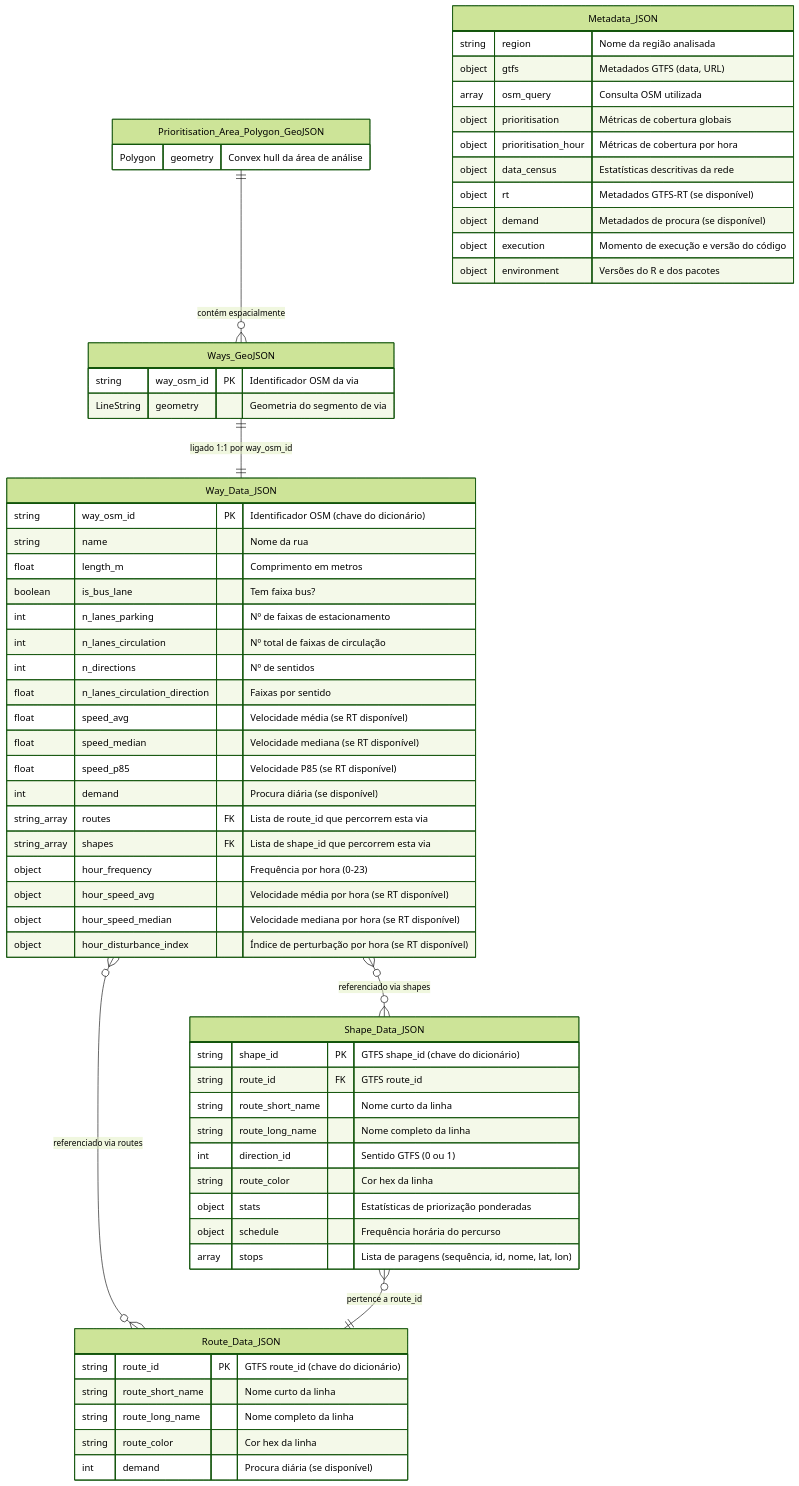
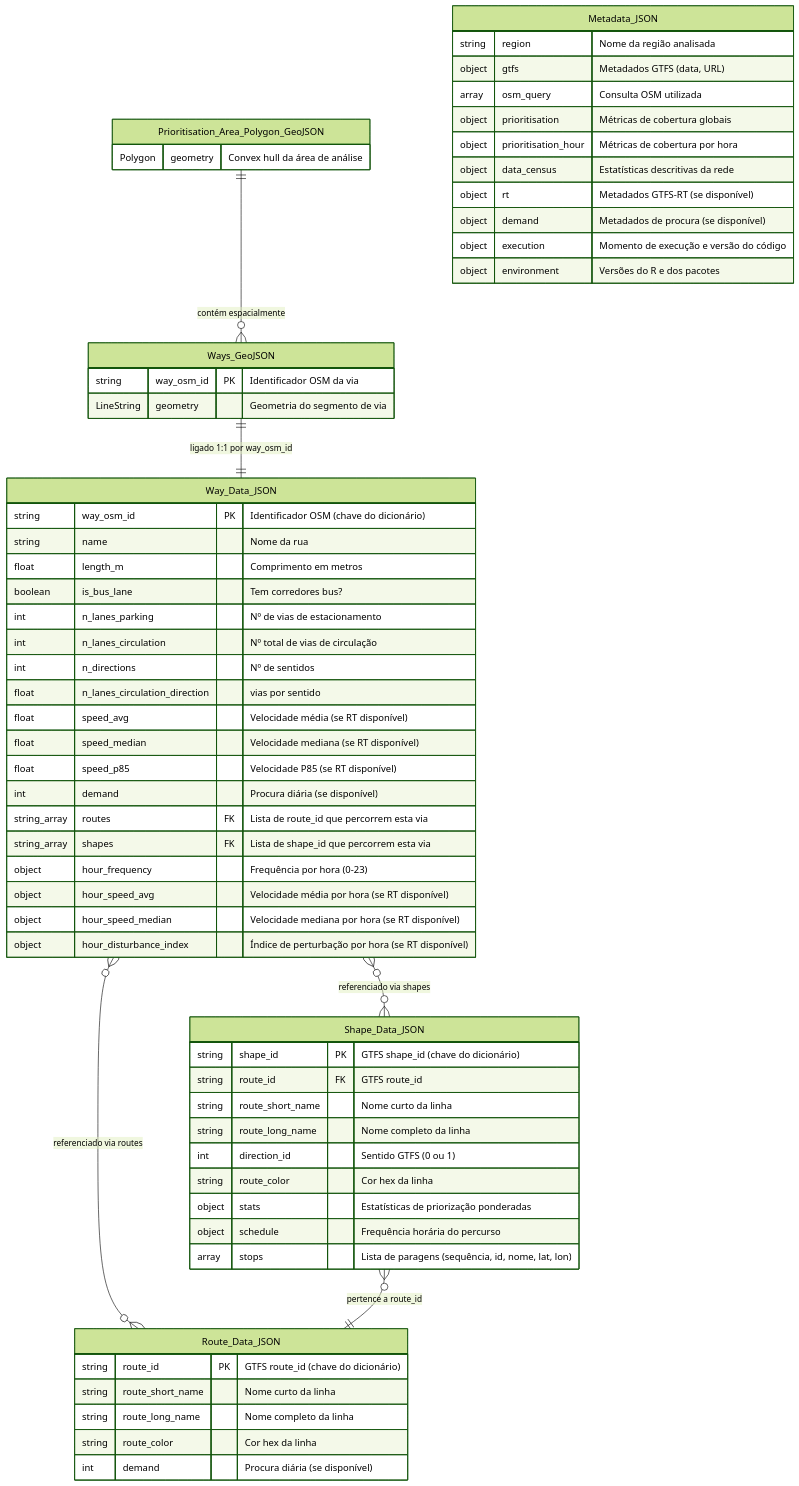
The diagram in report/resultados.qmd (U-Shift/GTFShift-DI), drawn with Mermaid (forest theme) before and after one commit. The commit also changed other lines of this file and 2 other files, not shown here.

````diff
--- a/report/resultados.qmd
+++ b/report/resultados.qmd
@@ -33,66 +27,66 @@
 ```{mermaid}
 erDiagram
     Prioritisation_Area_Polygon_GeoJSON {
         Polygon geometry "Convex hull da área de análise"
     }
     Ways_GeoJSON {
         string way_osm_id PK "Identificador OSM da via"
         LineString geometry "Geometria do segmento de via"
     }
     Way_Data_JSON {
         string way_osm_id PK "Identificador OSM (chave do dicionário)"
         string name "Nome da rua"
         float length_m "Comprimento em metros"
-        boolean is_bus_lane "Tem faixa bus?"
-        int n_lanes_parking "Nº de faixas de estacionamento"
-        int n_lanes_circulation "Nº total de faixas de circulação"
+        boolean is_bus_lane "Tem corredores bus?"
+        int n_lanes_parking "Nº de vias de estacionamento"
+        int n_lanes_circulation "Nº total de vias de circulação"
         int n_directions "Nº de sentidos"
-        float n_lanes_circulation_direction "Faixas por sentido"
+        float n_lanes_circulation_direction "vias por sentido"
         float speed_avg "Velocidade média (se RT disponível)"
         float speed_median "Velocidade mediana (se RT disponível)"
         float speed_p85 "Velocidade P85 (se RT disponível)"
         int demand "Procura diária (se disponível)"
         string_array routes FK "Lista de route_id que percorrem esta via"
         string_array shapes FK "Lista de shape_id que percorrem esta via"
         object hour_frequency "Frequência por hora (0-23)"
         object hour_speed_avg "Velocidade média por hora (se RT disponível)"
         object hour_speed_median "Velocidade mediana por hora (se RT disponível)"
         object hour_disturbance_index "Índice de perturbação por hora (se RT disponível)"
     }
     Shape_Data_JSON {
         string shape_id PK "GTFS shape_id (chave do dicionário)"
         string route_id FK "GTFS route_id"
         string route_short_name "Nome curto da linha"
         string route_long_name "Nome completo da linha"
         int direction_id "Sentido GTFS (0 ou 1)"
         string route_color "Cor hex da linha"
         object stats "Estatísticas de priorização ponderadas"
         object schedule "Frequência horária do percurso"
         array stops "Lista de paragens (sequência, id, nome, lat, lon)"
     }
     Route_Data_JSON {
         string route_id PK "GTFS route_id (chave do dicionário)"
         string route_short_name "Nome curto da linha"
         string route_long_name "Nome completo da linha"
         string route_color "Cor hex da linha"
         int demand "Procura diária (se disponível)"
     }
     Metadata_JSON {
         string region "Nome da região analisada"
         object gtfs "Metadados GTFS (data, URL)"
         array osm_query "Consulta OSM utilizada"
         object prioritisation "Métricas de cobertura globais"
         object prioritisation_hour "Métricas de cobertura por hora"
         object data_census "Estatísticas descritivas da rede"
         object rt "Metadados GTFS-RT (se disponível)"
         object demand "Metadados de procura (se disponível)"
         object execution "Momento de execução e versão do código"
         object environment "Versões do R e dos pacotes"
     }
 
     Prioritisation_Area_Polygon_GeoJSON ||--o{ Ways_GeoJSON : "contém espacialmente"
     Ways_GeoJSON ||--|| Way_Data_JSON : "ligado 1:1 por way_osm_id"
     Way_Data_JSON }o--o{ Route_Data_JSON : "referenciado via routes"
     Way_Data_JSON }o--o{ Shape_Data_JSON : "referenciado via shapes"
     Shape_Data_JSON }o--|| Route_Data_JSON : "pertence a route_id"
 ```
````
